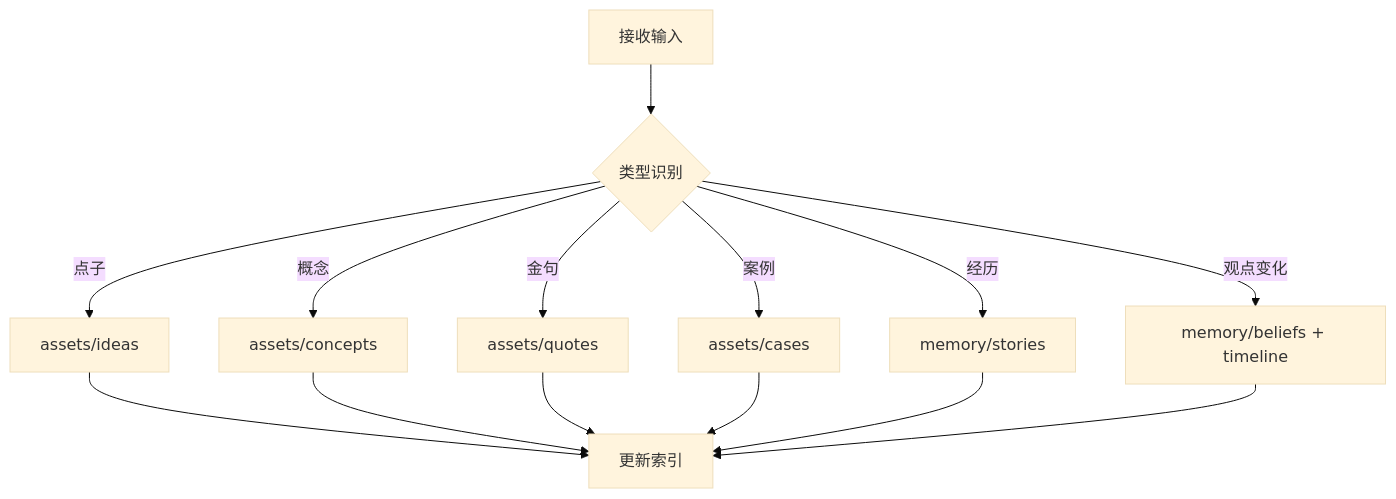
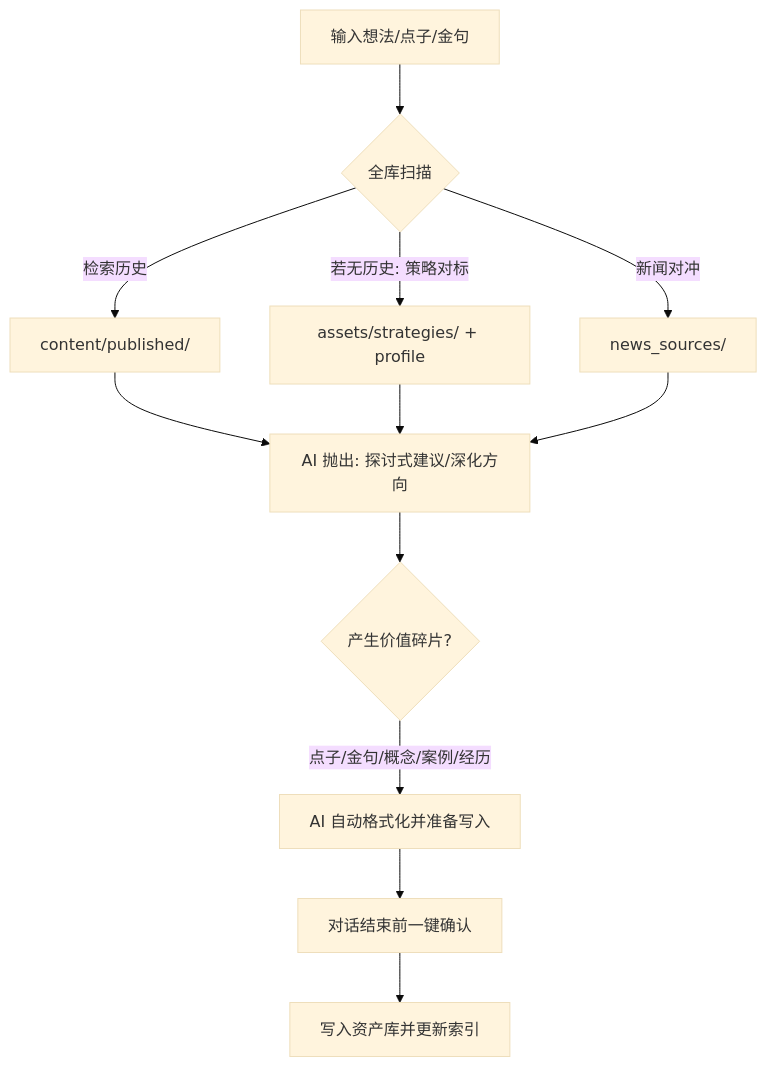
The third of 9 diagrams in README.md (xhanzo-coder/creator-digital-twin-skill), drawn with Mermaid (base theme) before and after one commit. The commit also changed other lines of this file and 2 other files, not shown here.

````diff
--- a/README.md
+++ b/README.md
@@ -97,16 +101,14 @@
 ```mermaid
 flowchart TD
-    B1[接收输入] --> B2{类型识别}
-    B2 -->|点子| B3[assets/ideas]
-    B2 -->|概念| B4[assets/concepts]
-    B2 -->|金句| B5[assets/quotes]
-    B2 -->|案例| B6[assets/cases]
-    B2 -->|经历| B7[memory/stories]
-    B2 -->|观点变化| B8[memory/beliefs + timeline]
-    B3 --> B9[更新索引]
-    B4 --> B9
-    B5 --> B9
-    B6 --> B9
-    B7 --> B9
-    B8 --> B9
+    B1[输入想法/点子/金句] --> B2{全库扫描}
+    B2 -->|检索历史| B3[content/published/]
+    B2 -->|若无历史: 策略对标| B4[assets/strategies/ + profile]
+    B2 -->|新闻对冲| B5[news_sources/]
+    
+    B3 & B4 & B5 --> B6[AI 抛出: 探讨式建议/深化方向]
+    
+    B6 --> B7{产生价值碎片?}
+    B7 -- 点子/金句/概念/案例/经历 --> B8[AI 自动格式化并准备写入]
+    B8 --> B9[对话结束前一键确认]
+    B9 --> B10[写入资产库并更新索引]
 ```
````
